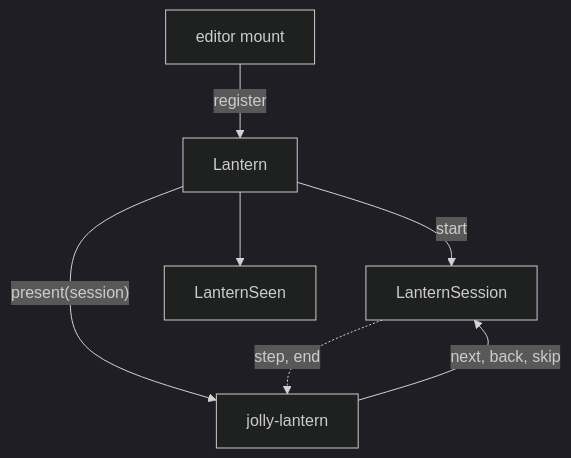
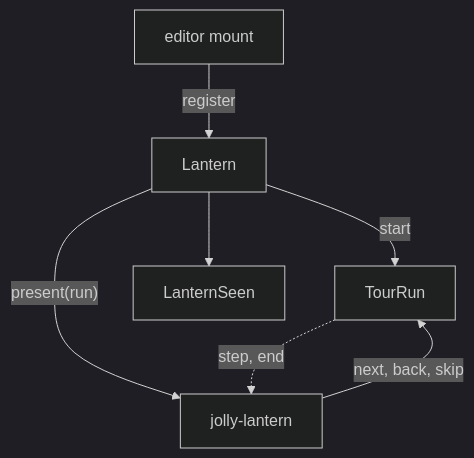
One commit to JollyPixel/editor changed the diagram in packages/lantern/ARCHITECTURE.md. Above: the diagram before and after it, drawn with Mermaid (dark theme). The commit also changed other lines of this file and 41 other files, not shown here.

Commit message:
refactor(lantern): rename session & review API (#1058)

````diff
--- a/packages/lantern/ARCHITECTURE.md
+++ b/packages/lantern/ARCHITECTURE.md
@@ -11,9 +11,9 @@
 ```mermaid
 flowchart TB
     Editor["editor mount"] -->|"register"| Lantern
-    Lantern -->|"start"| Session["LanternSession"]
-    Lantern -->|"present(session)"| Element["jolly-lantern"]
-    Session -. "step, end" .-> Element
-    Element -->|"next, back, skip"| Session
+    Lantern -->|"start"| Run["TourRun"]
+    Lantern -->|"present(run)"| Element["jolly-lantern"]
+    Run -. "step, end" .-> Element
+    Element -->|"next, back, skip"| Run
     Lantern --> Seen["LanternSeen"]
 ```
````
